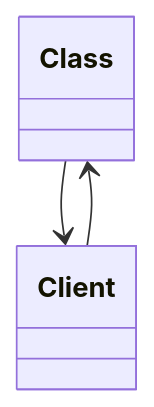
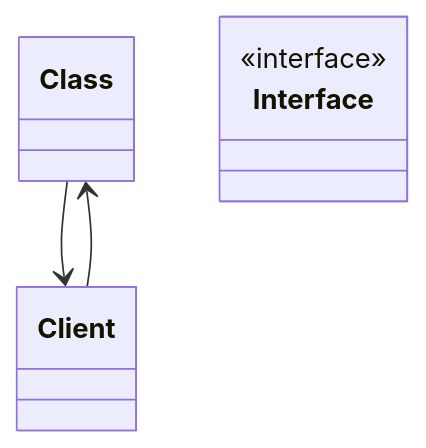
One commit to saiphanindra1010/arch_diagram_demo changed the diagram in mermade/untitled.md. Above: the diagram before and after it, drawn with Mermaid.

Commit message:
mermade: save Untitled

````diff
--- a/mermade/untitled.md
+++ b/mermade/untitled.md
@@ -3,8 +3,11 @@
 ```mermaid
 classDiagram
   class Class
   class Client
+  class Interface {
+    <<interface>>
+  }
   Client --> Class
   Class --> Client
-%% mermade:{"v":1,"diagramType":"class","nodes":{"Class":{"x":-43.71149553571432,"y":-165.61216517857142,"w":220,"h":70,"kind":"class","members":[]},"Client":{"x":-9.060267857142883,"y":31.292410714285737,"w":140,"h":72,"kind":"client"}},"groups":{},"edges":{"e1":{"relation":"assoc","label":""},"e2":{"relation":"assoc","label":""}}}
+%% mermade:{"v":1,"diagramType":"class","nodes":{"Class":{"x":-43.71149553571432,"y":-165.61216517857142,"w":220,"h":70,"kind":"class","members":[]},"Client":{"x":-9.060267857142883,"y":31.292410714285737,"w":140,"h":72,"kind":"client"},"Interface":{"x":225.47377232142856,"y":-91.63337053571428,"w":220,"h":70,"kind":"interface","members":[],"stereotype":"interface"}},"groups":{},"edges":{"e1":{"relation":"assoc","label":""},"e2":{"relation":"assoc","label":""}}}
 ```
````
